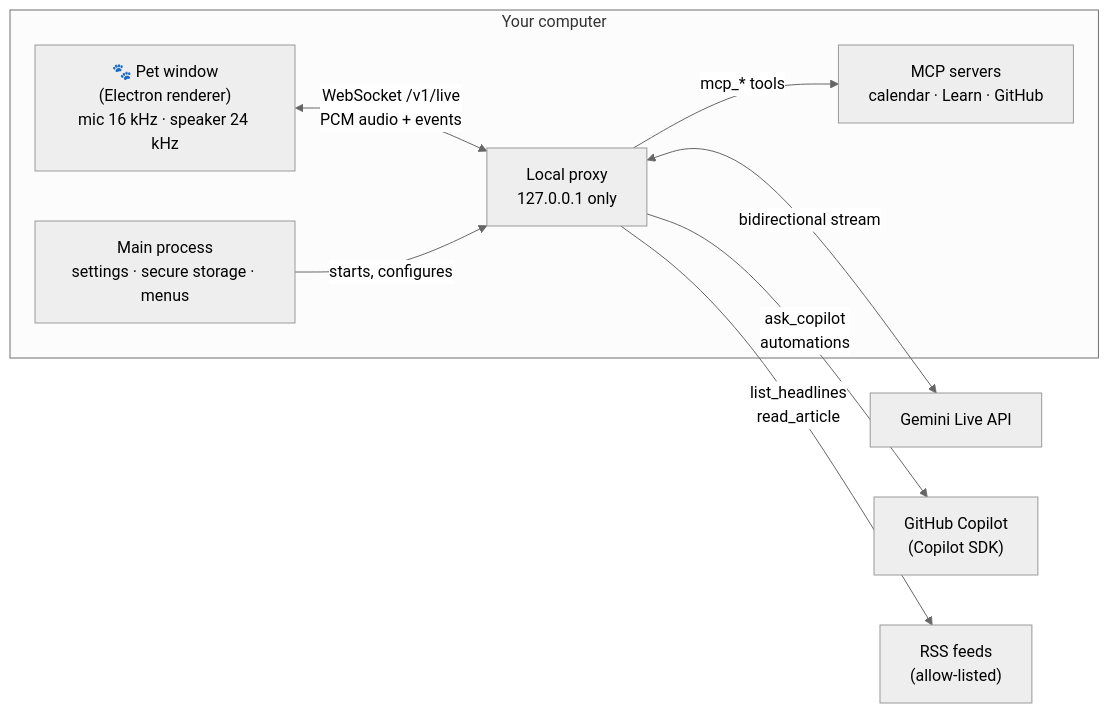
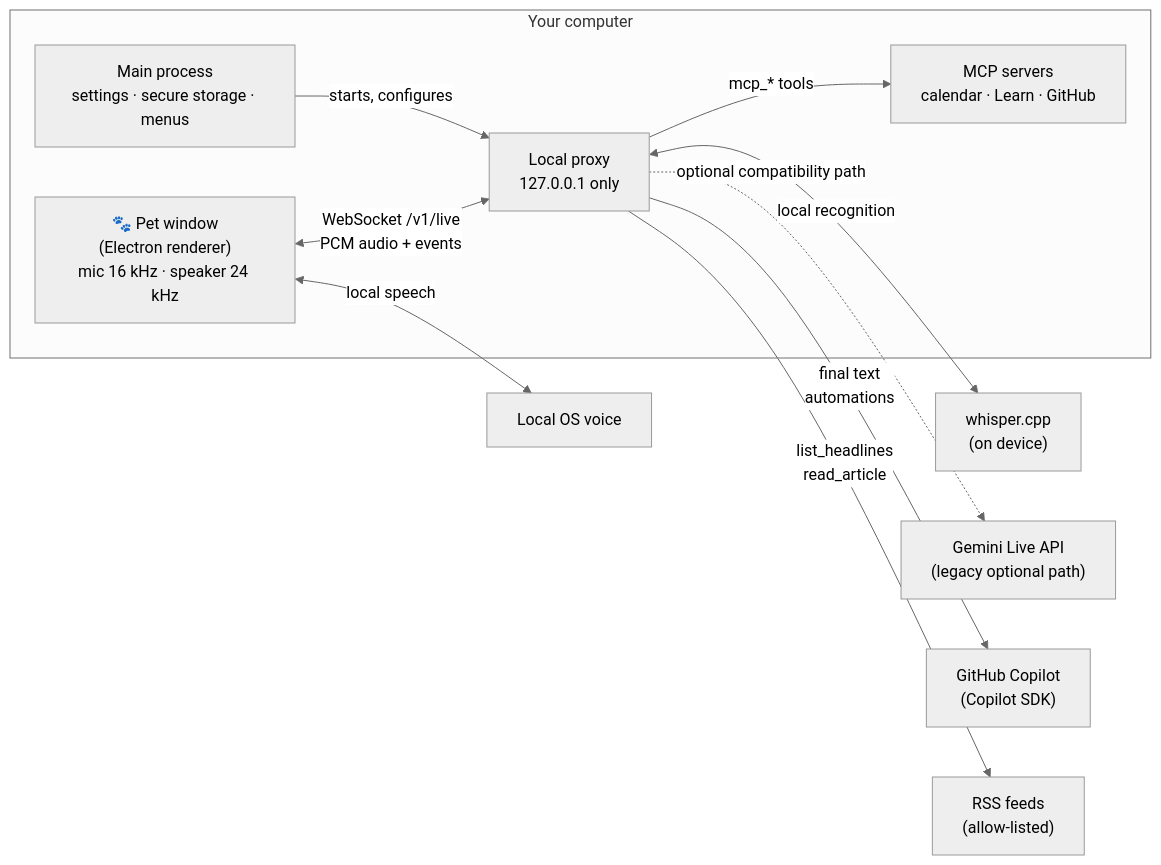
One commit to himiyosh/tonarin changed the diagram in README.md. Above: the diagram before and after it, drawn with Mermaid (neutral theme). The commit also changed other lines of this file and 17 other files, not shown here.

Commit message:
feat: add local Copilot voice path

````diff
--- a/README.md
+++ b/README.md
@@ -140,19 +140,23 @@
 ```mermaid
 flowchart LR
   subgraph Computer["Your computer"]
     Pet["🐾 Pet window<br/>(Electron renderer)<br/>mic 16 kHz · speaker 24 kHz"]
     Main["Main process<br/>settings · secure storage · menus"]
     Proxy["Local proxy<br/>127.0.0.1 only"]
     MCP["MCP servers<br/>calendar · Learn · GitHub"]
   end
-  Gemini["Gemini Live API"]
+  ASR["whisper.cpp<br/>(on device)"]
+  Voice["Local OS voice"]
+  Gemini["Gemini Live API<br/>(legacy optional path)"]
   Copilot["GitHub Copilot<br/>(Copilot SDK)"]
   Feeds["RSS feeds<br/>(allow-listed)"]
 
   Pet <-- "WebSocket /v1/live<br/>PCM audio + events" --> Proxy
   Main -- "starts, configures" --> Proxy
-  Proxy <-- "bidirectional stream" --> Gemini
-  Proxy -- "ask_copilot<br/>automations" --> Copilot
+  Proxy <-- "local recognition" --> ASR
+  Pet <-- "local speech" --> Voice
+  Proxy -- "final text<br/>automations" --> Copilot
+  Proxy -. "optional compatibility path" .-> Gemini
   Proxy -- "list_headlines<br/>read_article" --> Feeds
   Proxy -- "mcp_* tools" --> MCP
 ```
````
